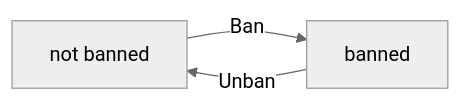
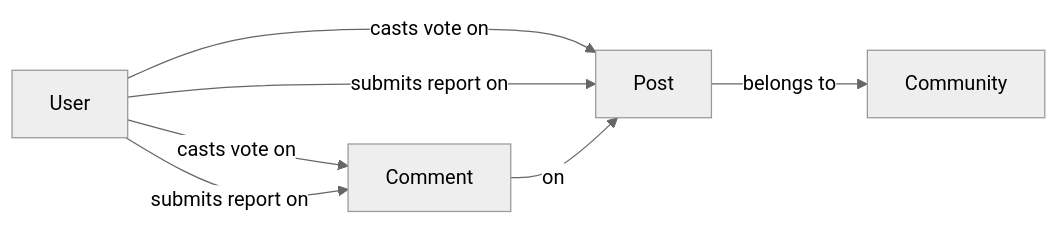
One commit to wrtnlabs/autobe-examples changed the sixth of 6 diagrams in qwen/qwen3.5-122b-a10b/reddit/docs/analysis/02-domain-model.md. Above: the diagram before and after it, drawn with Mermaid (neutral theme). The commit also changed other lines of this file and 32093 other files, not shown here.

````diff
--- a/qwen/qwen3.5-122b-a10b/reddit/docs/analysis/02-domain-model.md
+++ b/qwen/qwen3.5-122b-a10b/reddit/docs/analysis/02-domain-model.md
@@ -1545,5 +266,9 @@
 ```mermaid
 flowchart LR
-    A["not banned"] -->|"Ban"| B["banned"]
-    B["banned"] -->|"Unban"| A["not banned"]
+    A["User"] -->|"casts vote on"| B["Post"]
+    A -->|"casts vote on"| C["Comment"]
+    A -->|"submits report on"| B
+    A -->|"submits report on"| C
+    B -->|"belongs to"| D["Community"]
+    C -->|"on"| B
 ```
````
